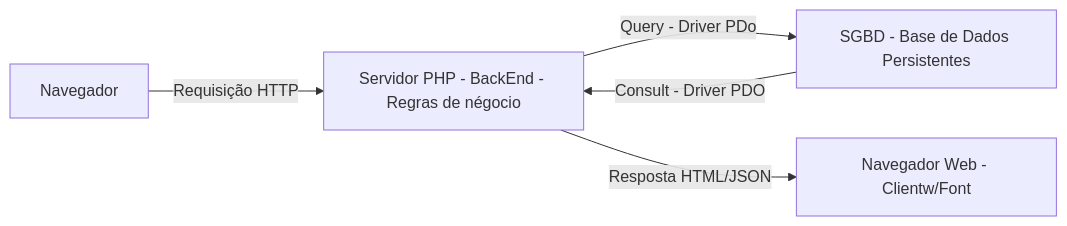
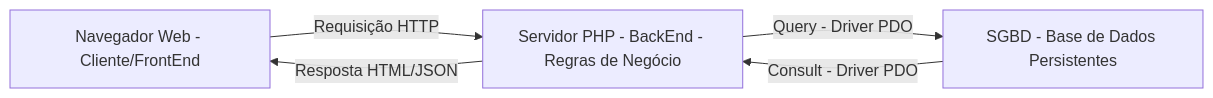
The tenth of 28 diagrams in README.md (juliamenoni/Back-End), drawn with Mermaid before and after one commit. The commit also changed other lines of this file and 62 other files, not shown here.

````diff
--- a/README.md
+++ b/README.md
@@ -1065,12 +1097,11 @@
 ```mermaid
 flowchart LR
-    navegador[Navegador Web - Clientw/Font]
-    servidor[Servidor PHP - BackEnd - Regras de négocio]
-    banco[SGBD - Base de Dados Persistentes]
+    Navegador[Navegador Web - Cliente/FrontEnd]
+    Servidor[Servidor PHP - BackEnd - Regras de Negócio]
+    Banco[SGBD - Base de Dados Persistentes]
 
-    Navegador --> |"Requisição HTTP"| servidor
-    servidor --> |"Query - Driver PDo"| banco
-    banco --> |"Consult - Driver PDO" | servidor
-    servidor --> |"Resposta HTML/JSON"| navegador
-    
+    Navegador --> |"Requisição HTTP"| Servidor
+    Servidor --> |"Query - Driver PDO"| Banco
+    Banco --> |"Consult - Driver PDO"| Servidor
+    Servidor --> |"Resposta HTML/JSON"| Navegador
 ```
````
